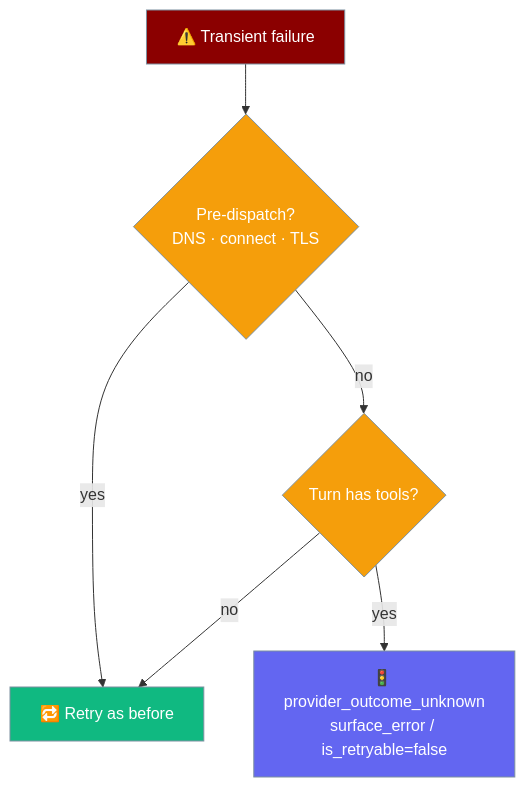
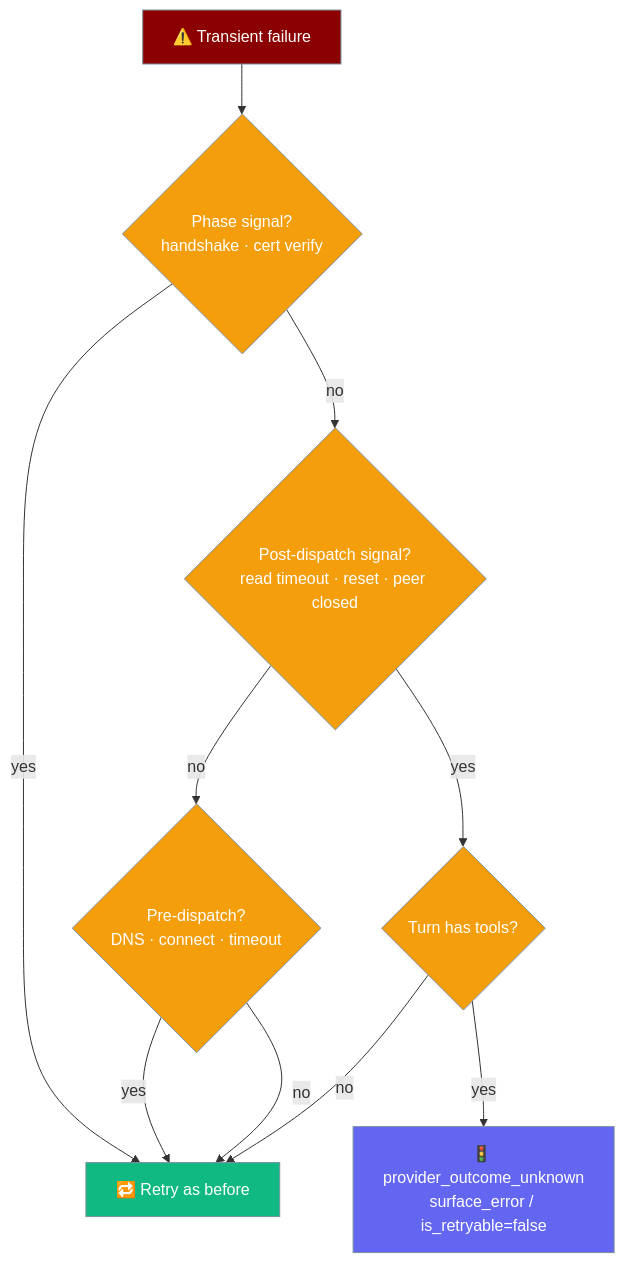
One commit to MervinPraison/PraisonAIDocs changed the first of 2 diagrams in docs/features/replay-safe-retries.mdx. Above: the diagram before and after it, drawn with Mermaid. The commit also changed other lines of this file, not shown here.

First line of the commit message:
docs: update replay-safe-retries for TLS/SSL precedence fix (fixes #4465)

````diff
--- a/docs/features/replay-safe-retries.mdx
+++ b/docs/features/replay-safe-retries.mdx
@@ -10,17 +10,21 @@
 ```mermaid
 graph TB
-    A[⚠️ Transient failure] --> B{Pre-dispatch?<br/>DNS · connect · TLS}
-    B -- yes --> R[🔁 Retry as before]
-    B -- no --> C{Turn has tools?}
+    A[⚠️ Transient failure] --> P{Phase signal?<br/>handshake · cert verify}
+    P -- yes --> R[🔁 Retry as before]
+    P -- no --> B{Post-dispatch signal?<br/>read timeout · reset · peer closed}
+    B -- yes --> C{Turn has tools?}
+    B -- no --> D{Pre-dispatch?<br/>DNS · connect · timeout}
+    D -- yes --> R
+    D -- no --> R
     C -- no --> R
     C -- yes --> S[🚦 provider_outcome_unknown<br/>surface_error / is_retryable=false]
 
     classDef fail fill:#8B0000,stroke:#7C90A0,color:#fff
     classDef check fill:#F59E0B,stroke:#7C90A0,color:#fff
     classDef retry fill:#10B981,stroke:#7C90A0,color:#fff
     classDef surface fill:#6366F1,stroke:#7C90A0,color:#fff
     class A fail
-    class B,C check
+    class P,B,C,D check
     class R retry
     class S surface
 ```
````
